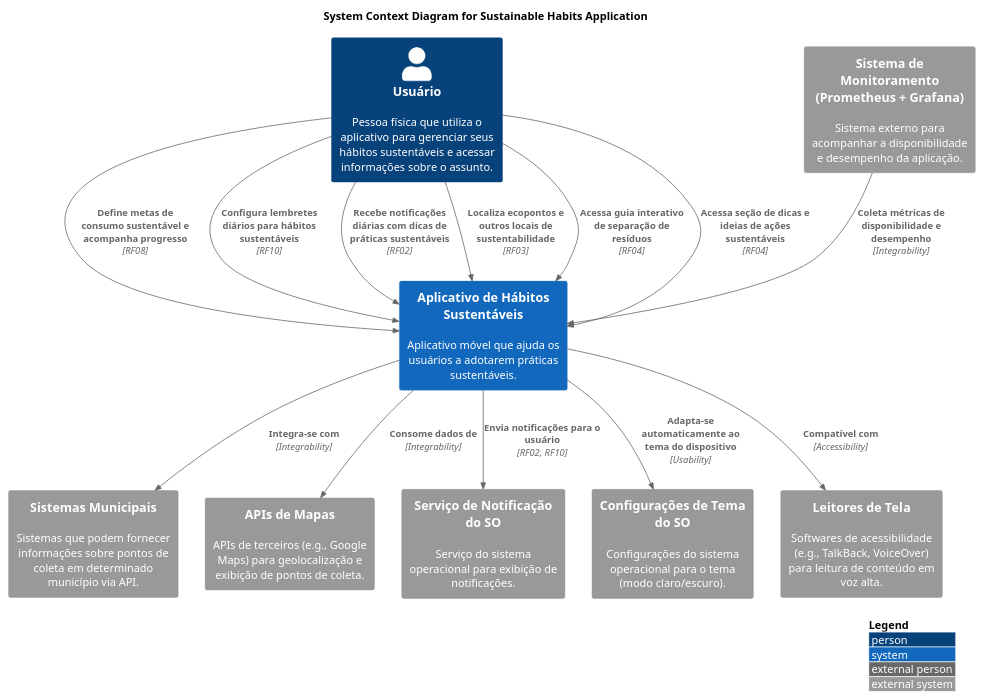
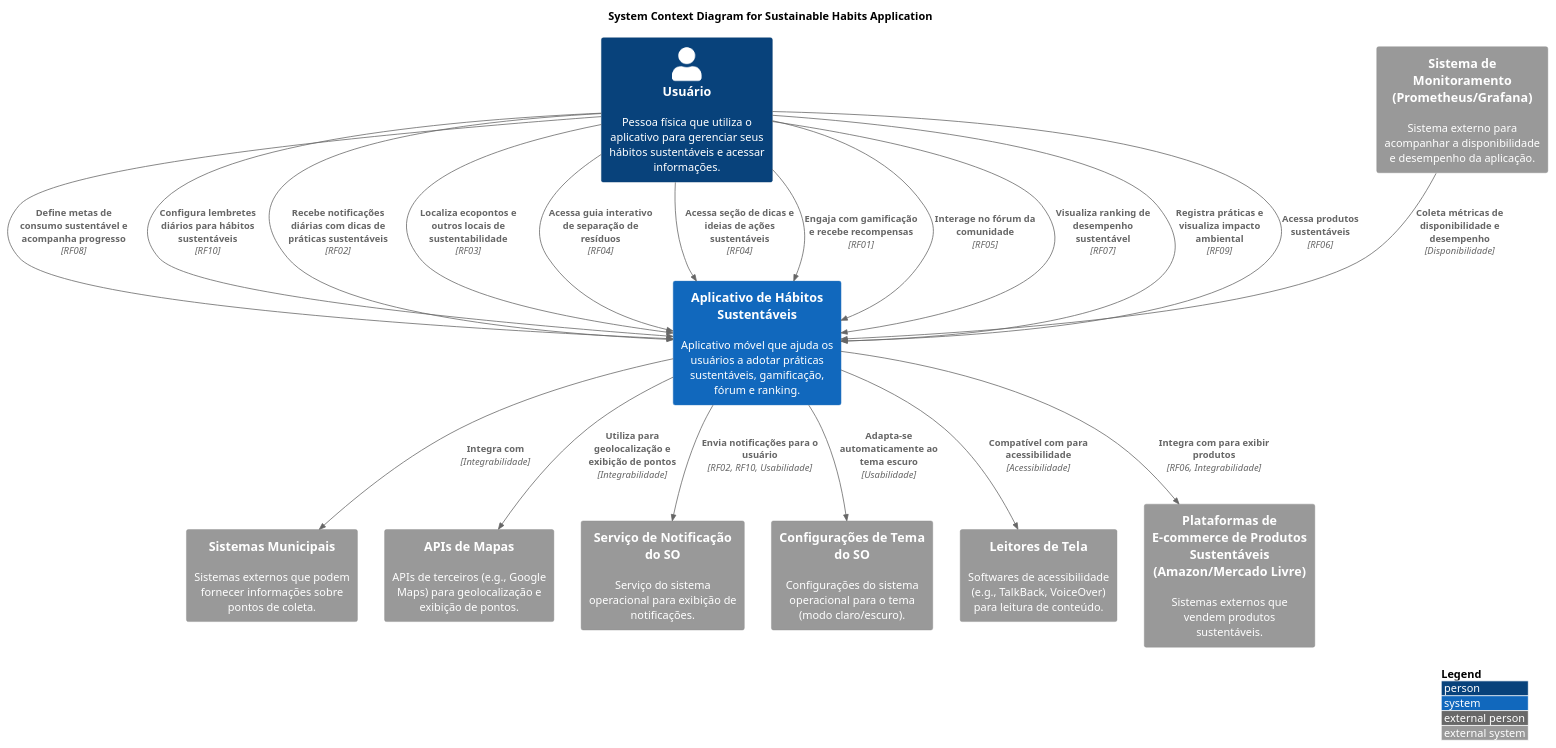
The diagram in trabalho_final/diagramas/codigo/4C_diagrama_contexto.puml (gilmarUFG/as_es_20251_g9), drawn with PlantUML before and after one commit.

Commit message:
Update 4C_diagrama_contexto.puml
Adição de novos requisitos, segunda parte do trabalho

```diff
--- a/trabalho_final/diagramas/codigo/4C_diagrama_contexto.puml
+++ b/trabalho_final/diagramas/codigo/4C_diagrama_contexto.puml
@@ -1,34 +1,41 @@
-@startuml context 
-
+@startuml
 !include https://raw.githubusercontent.com/plantuml-stdlib/C4-PlantUML/master/C4_Context.puml
 
 LAYOUT_WITH_LEGEND()
 
 title System Context Diagram for Sustainable Habits Application
 
-Person(user, "Usuário", "Pessoa física que utiliza o aplicativo para gerenciar seus hábitos sustentáveis e acessar informações sobre o assunto.")
+Person(user, "Usuário", "Pessoa física que utiliza o aplicativo para gerenciar seus hábitos sustentáveis e acessar informações.")
 
-System(sustainable_app, "Aplicativo de Hábitos Sustentáveis", "Aplicativo móvel que ajuda os usuários a adotarem práticas sustentáveis.")
+System(sustainable_app, "Aplicativo de Hábitos Sustentáveis", "Aplicativo móvel que ajuda os usuários a adotar práticas sustentáveis, gamificação, fórum e ranking.")
 
-System_Ext(municipal_systems, "Sistemas Municipais", "Sistemas que podem fornecer informações sobre pontos de coleta em determinado município via API.")
-System_Ext(map_apis, "APIs de Mapas", "APIs de terceiros (e.g., Google Maps) para geolocalização e exibição de pontos de coleta.")
+System_Ext(municipal_systems, "Sistemas Municipais", "Sistemas externos que podem fornecer informações sobre pontos de coleta.")
+System_Ext(map_apis, "APIs de Mapas", "APIs de terceiros (e.g., Google Maps) para geolocalização e exibição de pontos.")
 System_Ext(os_notification_service, "Serviço de Notificação do SO", "Serviço do sistema operacional para exibição de notificações.")
 System_Ext(os_theme_settings, "Configurações de Tema do SO", "Configurações do sistema operacional para o tema (modo claro/escuro).")
-System_Ext(screen_readers, "Leitores de Tela", "Softwares de acessibilidade (e.g., TalkBack, VoiceOver) para leitura de conteúdo em voz alta.")
-System_Ext(monitoring_system, "Sistema de Monitoramento (Prometheus + Grafana)", "Sistema externo para acompanhar a disponibilidade e desempenho da aplicação.")
+System_Ext(screen_readers, "Leitores de Tela", "Softwares de acessibilidade (e.g., TalkBack, VoiceOver) para leitura de conteúdo.")
+System_Ext(monitoring_system, "Sistema de Monitoramento (Prometheus/Grafana)", "Sistema externo para acompanhar a disponibilidade e desempenho da aplicação.")
+System_Ext(ecommerce_platforms, "Plataformas de E-commerce de Produtos Sustentáveis (Amazon/Mercado Livre)", "Sistemas externos que vendem produtos sustentáveis.")
 
 Rel(user, sustainable_app, "Define metas de consumo sustentável e acompanha progresso", "RF08")
 Rel(user, sustainable_app, "Configura lembretes diários para hábitos sustentáveis", "RF10")
 Rel(user, sustainable_app, "Recebe notificações diárias com dicas de práticas sustentáveis", "RF02")
 Rel(user, sustainable_app, "Localiza ecopontos e outros locais de sustentabilidade", "RF03")
 Rel(user, sustainable_app, "Acessa guia interativo de separação de resíduos", "RF04")
 Rel(user, sustainable_app, "Acessa seção de dicas e ideias de ações sustentáveis", "RF04")
+Rel(user, sustainable_app, "Engaja com gamificação e recebe recompensas", "RF01")
+Rel(user, sustainable_app, "Interage no fórum da comunidade", "RF05")
+Rel(user, sustainable_app, "Visualiza ranking de desempenho sustentável", "RF07")
+Rel(user, sustainable_app, "Registra práticas e visualiza impacto ambiental", "RF09")
+Rel(user, sustainable_app, "Acessa produtos sustentáveis", "RF06")
 
-Rel(sustainable_app, municipal_systems, "Integra-se com", "Integrability")
-Rel(sustainable_app, map_apis, "Consome dados de", "Integrability")
-Rel(sustainable_app, os_notification_service, "Envia notificações para o usuário", "RF02, RF10")
-Rel(sustainable_app, os_theme_settings, "Adapta-se automaticamente ao tema do dispositivo", "Usability")
-Rel(sustainable_app, screen_readers, "Compatível com", "Accessibility")
-Rel(monitoring_system, sustainable_app, "Coleta métricas de disponibilidade e desempenho", "Integrability")
+
+Rel(sustainable_app, municipal_systems, "Integra com", "Integrabilidade")
+Rel(sustainable_app, map_apis, "Utiliza para geolocalização e exibição de pontos", "Integrabilidade")
+Rel(sustainable_app, os_notification_service, "Envia notificações para o usuário", "RF02, RF10, Usabilidade")
+Rel(sustainable_app, os_theme_settings, "Adapta-se automaticamente ao tema escuro", "Usabilidade")
+Rel(sustainable_app, screen_readers, "Compatível com para acessibilidade", "Acessibilidade")
+Rel(monitoring_system, sustainable_app, "Coleta métricas de disponibilidade e desempenho", "Disponibilidade")
+Rel(sustainable_app, ecommerce_platforms, "Integra com para exibir produtos", "RF06, Integrabilidade")
 
 @enduml
```
